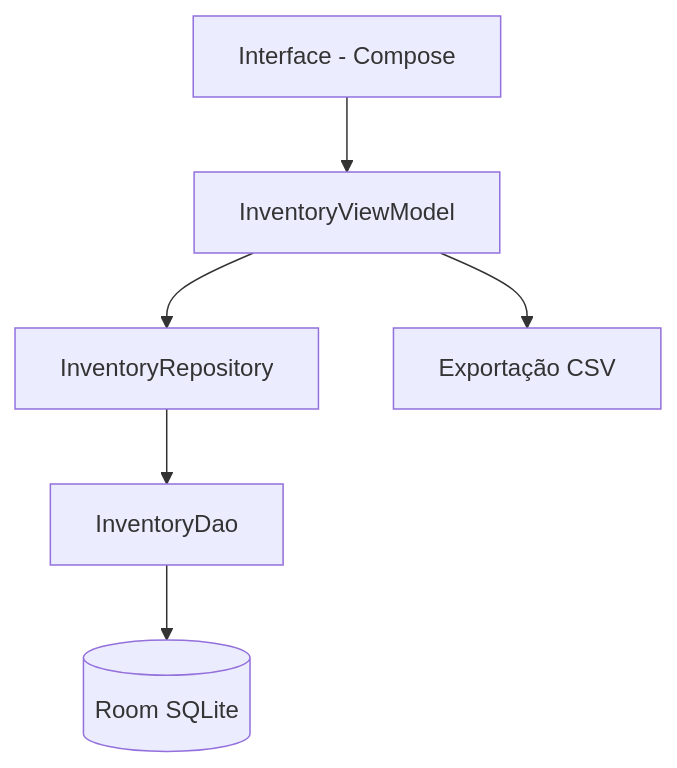
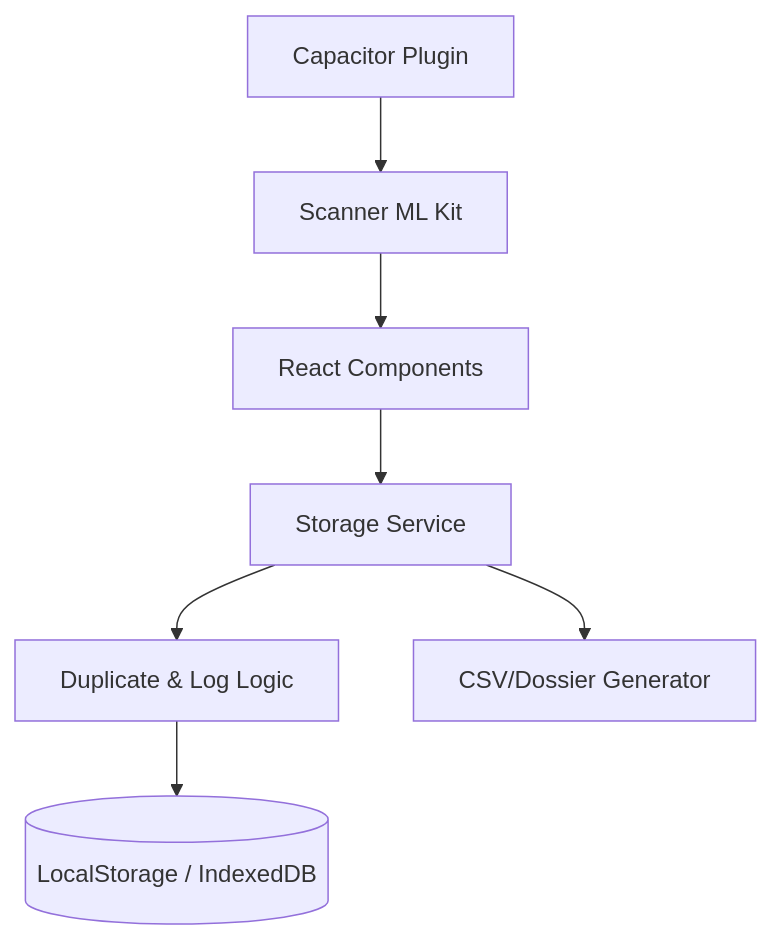
The diagram in README.md (edinhogrubert/AuditoriaDePatrimonio), drawn with Mermaid before and after one commit. The commit also changed other lines of this file, not shown here.

````diff
--- a/README.md
+++ b/README.md
@@ -75,8 +106,9 @@
 ```mermaid
 graph TD
-    UI[Interface - Compose] --> VM[InventoryViewModel]
-    VM --> Repo[InventoryRepository]
-    Repo --> DAO[InventoryDao]
-    DAO --> DB[(Room SQLite)]
-    VM --> FileSystem[Exportação CSV]
+    UI[React Components] --> Service[Storage Service]
+    Service --> Logic[Duplicate & Log Logic]
+    Logic --> Storage[(LocalStorage / IndexedDB)]
+    Service --> Export[CSV/Dossier Generator]
+    Capacitor[Capacitor Plugin] --> Camera[Scanner ML Kit]
+    Camera --> UI
 ```
````
